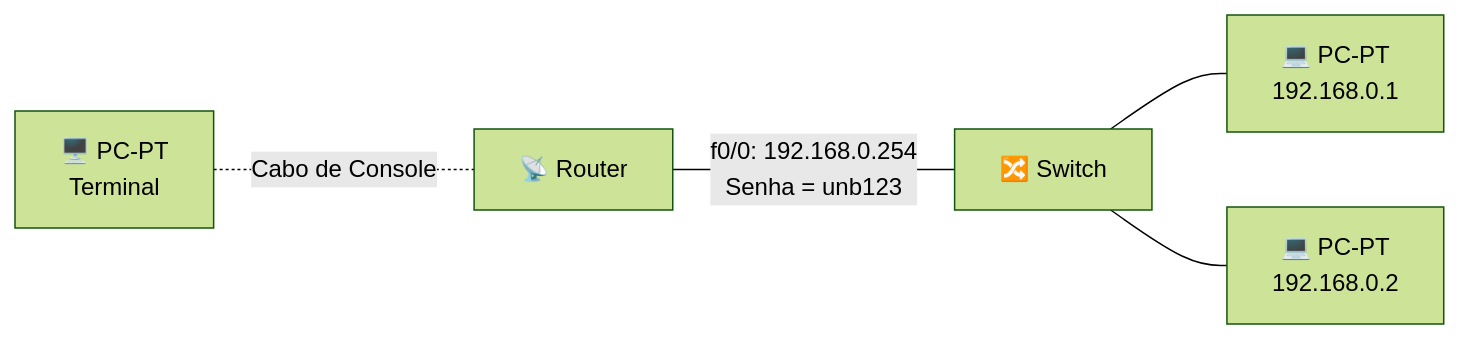
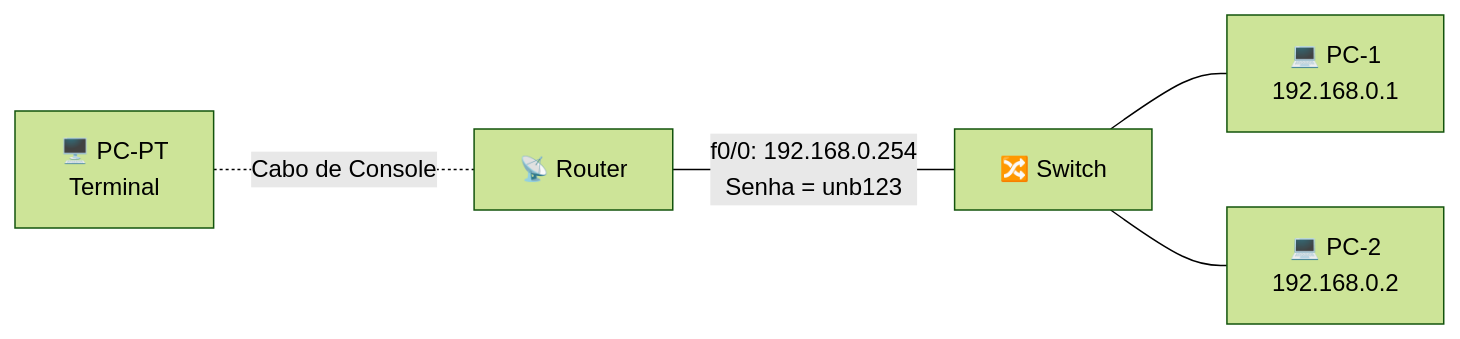
The diagram in labs/lab02.md (oficialvzi/PTR), drawn with Mermaid (forest theme) before and after one commit. The commit also changed other lines of this file, not shown here.

````diff
--- a/labs/lab02.md
+++ b/labs/lab02.md
@@ -47,7 +47,7 @@
 ```mermaid
 flowchart LR
     T["🖥️ PC-PT<br>Terminal"] -. Cabo de Console .- R["📡 Router"]
     R -- "f0/0: 192.168.0.254<br>Senha = unb123" --- S["🔀 Switch"]
-    S --- PC1["💻 PC-PT<br>192.168.0.1"]
-    S --- PC2["💻 PC-PT<br>192.168.0.2"]
+    S --- PC1["💻 PC-1<br>192.168.0.1"]
+    S --- PC2["💻 PC-2<br>192.168.0.2"]
 ```
````
